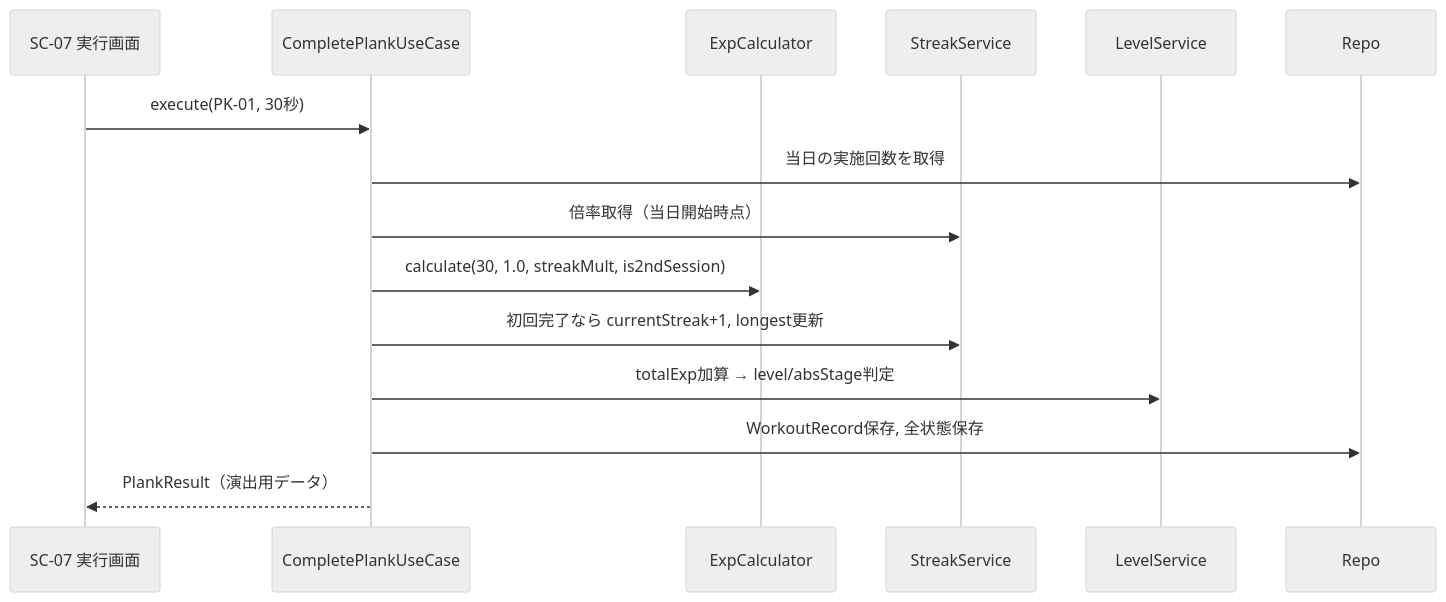
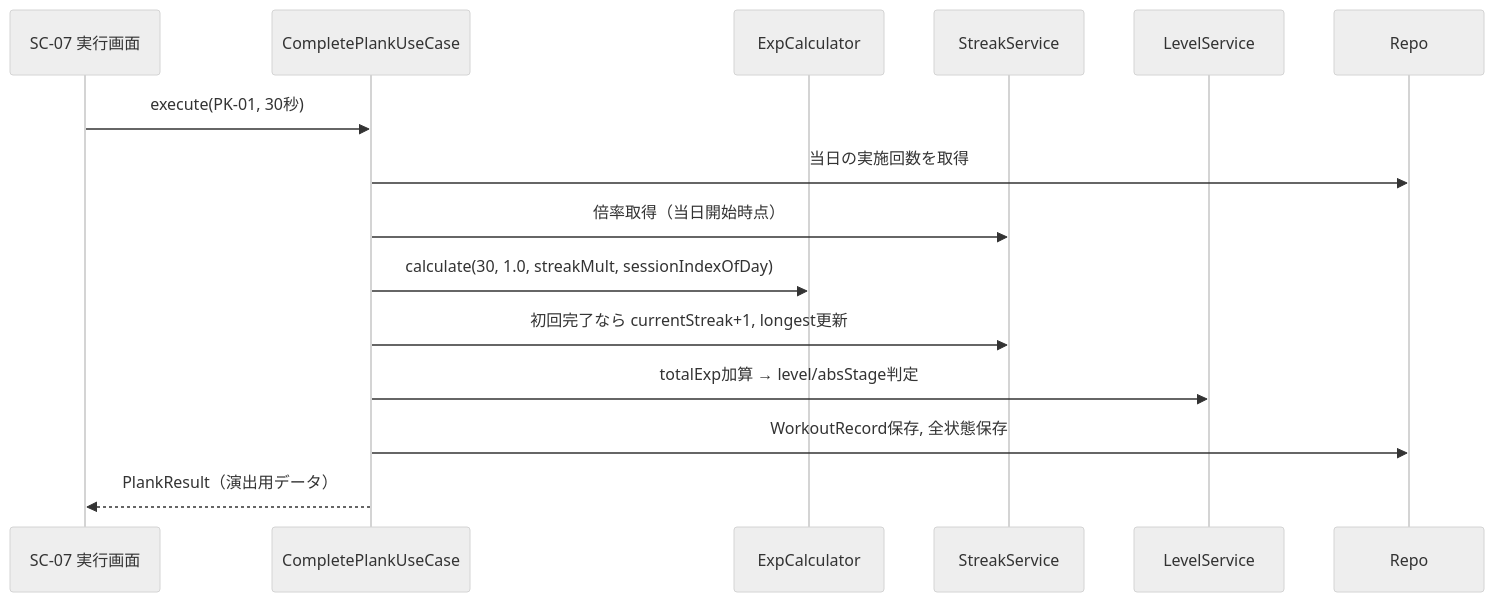
One commit to hakuchan-karityhi/fukkinApp changed the third of 3 diagrams in 01-design/04-basic-design.md. Above: the diagram before and after it, drawn with Mermaid (neutral theme). The commit also changed other lines of this file and 14 other files, not shown here.

````diff
--- a/01-design/04-basic-design.md
+++ b/01-design/04-basic-design.md
@@ -325,18 +325,18 @@
 ```mermaid
 sequenceDiagram
     participant UI as SC-07 実行画面
     participant UC as CompletePlankUseCase
     participant Exp as ExpCalculator
     participant Streak as StreakService
     participant Level as LevelService
     participant Repo
 
     UI->>UC: execute(PK-01, 30秒)
     UC->>Repo: 当日の実施回数を取得
     UC->>Streak: 倍率取得（当日開始時点）
-    UC->>Exp: calculate(30, 1.0, streakMult, is2ndSession)
+    UC->>Exp: calculate(30, 1.0, streakMult, sessionIndexOfDay)
     UC->>Streak: 初回完了なら currentStreak+1, longest更新
     UC->>Level: totalExp加算 → level/absStage判定
     UC->>Repo: WorkoutRecord保存, 全状態保存
     UC-->>UI: PlankResult（演出用データ）
 ```
````
